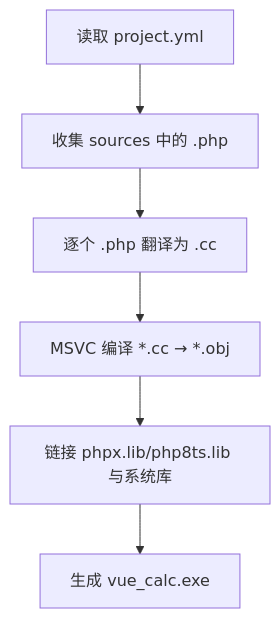
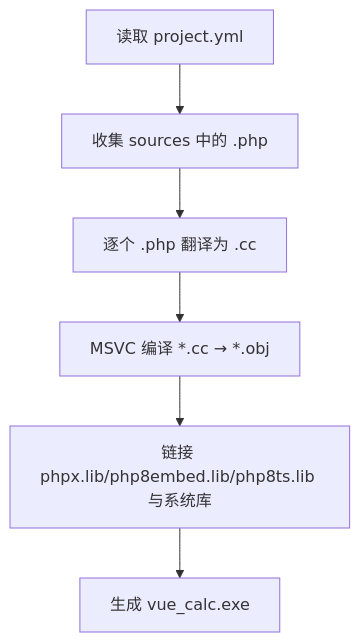
The fifth of 9 diagrams in .qoder/repowiki/zh/content/构建和部署.md (xingye00186/PHP-Data-UI-Framework-powered-by-swooleAOT), drawn with Mermaid before and after one commit. The commit also changed other lines of this file and 3 other files, not shown here.

````diff
--- a/.qoder/repowiki/zh/content/构建和部署.md
+++ b/.qoder/repowiki/zh/content/构建和部署.md
@@ -220,8 +226,8 @@
 ```mermaid
 flowchart TD
 CFG["读取 project.yml"] --> Prepare["收集 sources 中的 .php"]
 Prepare --> Convert["逐个 .php 翻译为 .cc"]
 Convert --> Compile["MSVC 编译 *.cc → *.obj"]
-Compile --> Link["链接 phpx.lib/php8ts.lib 与系统库"]
+Compile --> Link["链接 phpx.lib/php8embed.lib/php8ts.lib 与系统库"]
 Link --> Out["生成 vue_calc.exe"]
 ```
````
